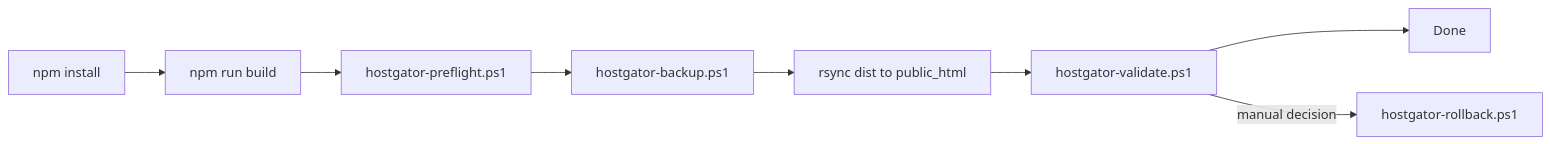
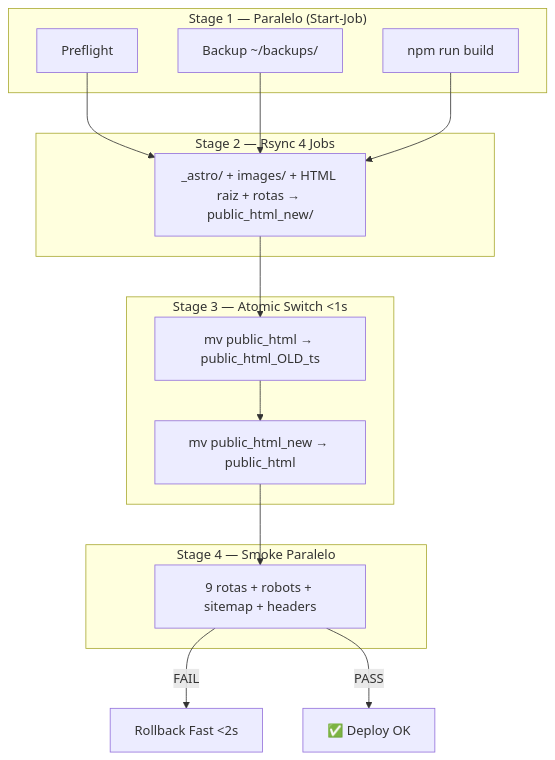
Before and after one commit to manoelbenicio/Villa_Kids: the diagram in site/docs/DEPLOY-GUIDE.md, drawn with Mermaid. The commit also changed other lines of this file and 18 other files, not shown here.

Commit message:
feat(phase7-pre): scripts deploy v2 atomic paralelo [CODEX-OPS]

````diff
--- a/site/docs/DEPLOY-GUIDE.md
+++ b/site/docs/DEPLOY-GUIDE.md
@@ -31,10 +32,19 @@
 ```mermaid
-flowchart LR
-  A[npm install] --> B[npm run build]
-  B --> C[hostgator-preflight.ps1]
-  C --> D[hostgator-backup.ps1]
-  D --> E[rsync dist to public_html]
-  E --> F[hostgator-validate.ps1]
-  F --> G[Done]
-  F -->|manual decision| H[hostgator-rollback.ps1]
+flowchart TD
+    subgraph "Stage 1 — Paralelo (Start-Job)"
+        A[Preflight] & B[Backup ~/backups/] & C[npm run build]
+    end
+    subgraph "Stage 2 — Rsync 4 Jobs"
+        D[_astro/ + images/ + HTML raiz + rotas → public_html_new/]
+    end
+    subgraph "Stage 3 — Atomic Switch <1s"
+        E[mv public_html → public_html_OLD_ts]
+        F[mv public_html_new → public_html]
+    end
+    subgraph "Stage 4 — Smoke Paralelo"
+        G[9 rotas + robots + sitemap + headers]
+    end
+    A & B & C --> D --> E --> F --> G
+    G -->|FAIL| H[Rollback Fast <2s]
+    G -->|PASS| I[✅ Deploy OK]
 ```
````
